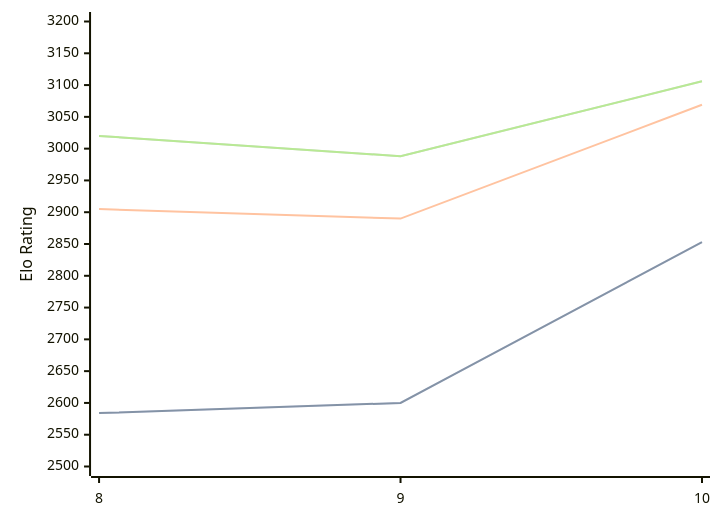
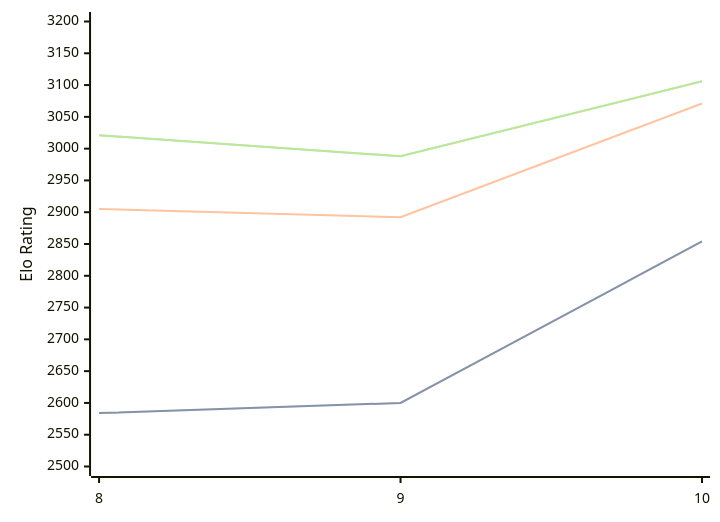
One commit to computer-chess-index/cci changed the third of 3 diagrams in engines/Lozza.md. Above: the diagram before and after it, drawn with Mermaid. The commit also changed other lines of this file, not shown here.

Commit message:
Update CCI Ratings (ELO VLTC) - 2026-07-02

````diff
--- a/engines/Lozza.md
+++ b/engines/Lozza.md
@@ -74,11 +74,11 @@
 ```mermaid
 %%{init: {"theme":"base","themeVariables":{"seriesColors:['#a3a3a3','#222221','#faa371']}}}%%
 xychart-beta
   x-axis ["8", "9", "10"]
   y-axis "Elo Rating" 2500 --> 3200
-  line "STC (8.0+0.08s)" [2584, 2600, 2853]
-  line "STC (8.0+0.08s)" [2584, 2600, 2853]
-  line "LTC (60.0+0.60s)" [2905, 2890, 3069]
-  line "VLTC (2m24s+1.12s)" [3020, 2988, 3106]
-  line "VLTC (2m24s+1.12s)" [3020, 2988, 3106]
+  line "STC (8.0+0.08s)" [2584, 2600, 2854]
+  line "STC (8.0+0.08s)" [2584, 2600, 2854]
+  line "LTC (60.0+0.60s)" [2905, 2892, 3071]
+  line "VLTC (2m24s+1.12s)" [3021, 2988, 3106]
+  line "VLTC (2m24s+1.12s)" [3021, 2988, 3106]
 ```
````
